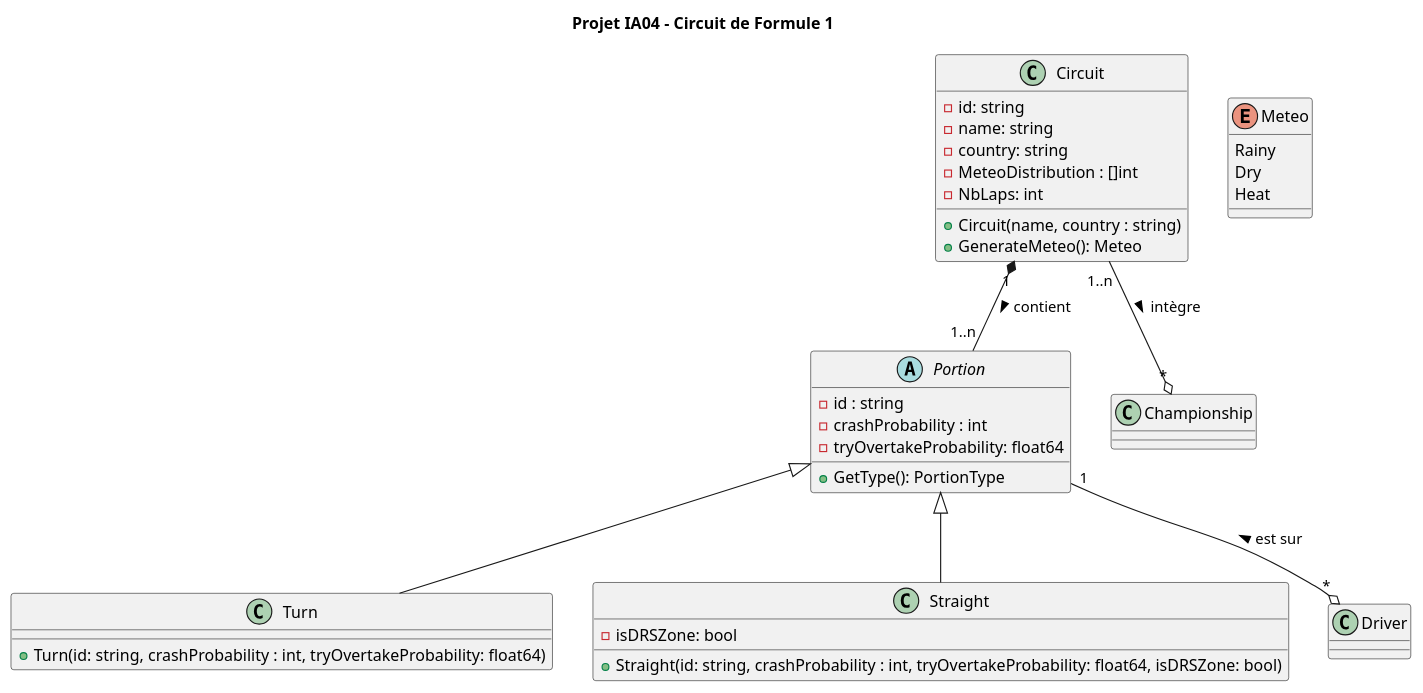
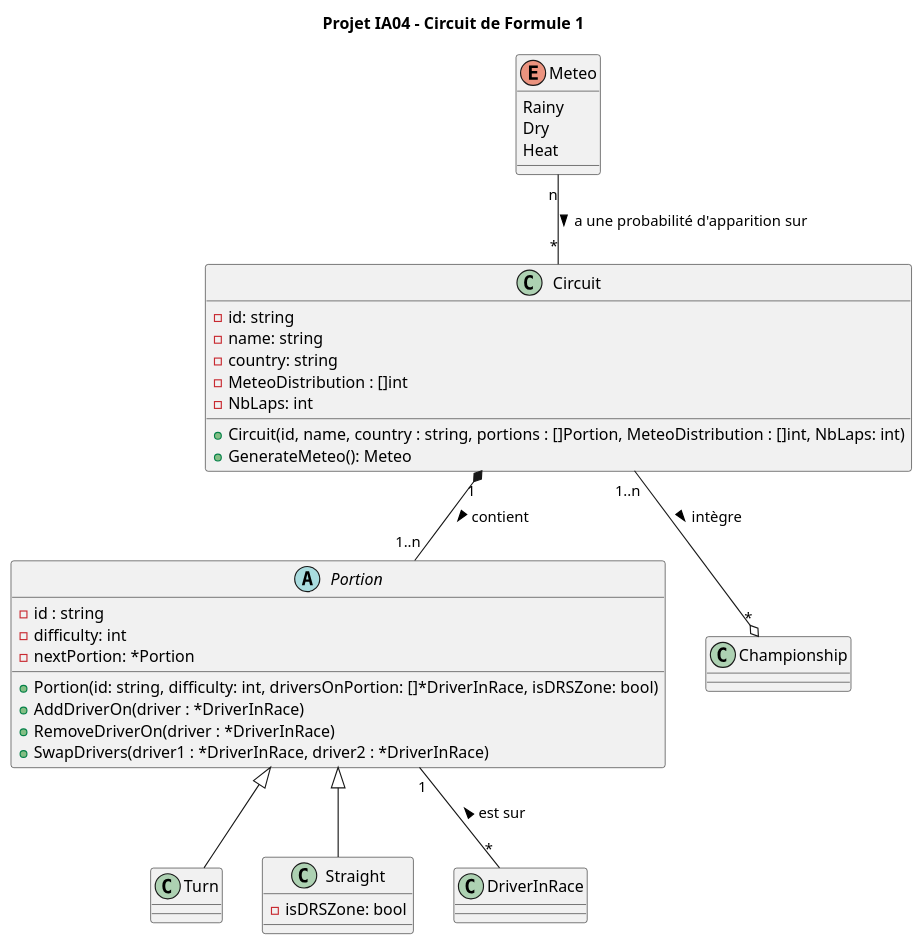
Before and after one commit to DamienVaurs/formule-1-ia04: the diagram in uml/Presentation/circuit.plantuml, drawn with PlantUML. The commit also changed 2 other files, not shown here.

Commit message:
création de sous UML

```diff
--- a/uml/Presentation/circuit.plantuml
+++ b/uml/Presentation/circuit.plantuml
@@ -1,51 +1,49 @@
 @startuml IA04 - Modélisation Championnat de Formule 1
 
 
 title Projet IA04 - Circuit de Formule 1
-
 
 class Circuit {
   - id: string
   - name: string
   - country: string
   - MeteoDistribution : []int
   - NbLaps: int
 
-  + Circuit(name, country : string)
+  + Circuit(id, name, country : string, portions : []Portion, MeteoDistribution : []int, NbLaps: int)
   + GenerateMeteo(): Meteo
 }
 
 enum Meteo{
   Rainy
   Dry
   Heat
 }
 
 abstract class Portion{
   - id : string
-  - crashProbability : int
-  - tryOvertakeProbability: float64
+  - difficulty: int
+  - nextPortion: *Portion
 
-  + GetType(): PortionType
+  + Portion(id: string, difficulty: int, driversOnPortion: []*DriverInRace, isDRSZone: bool)
+  + AddDriverOn(driver : *DriverInRace)
+  + RemoveDriverOn(driver : *DriverInRace)
+  + SwapDrivers(driver1 : *DriverInRace, driver2 : *DriverInRace)
 }
 
 
 class Turn{
-
-  + Turn(id: string, crashProbability : int, tryOvertakeProbability: float64)
 }
 
 class Straight{
   - isDRSZone: bool
-
-  + Straight(id: string, crashProbability : int, tryOvertakeProbability: float64, isDRSZone: bool)
 }
 
 Circuit "1..n" --o "*" Championship : intègre >
 Circuit "1" *-- "1..n" Portion : contient >
 Portion  <|--  Turn
 Portion  <|--  Straight
-Portion "1" --o "*" Driver : est sur <
-
+Portion "1" -- "*" DriverInRace : est sur <
+Meteo "n" -- "*" Circuit : a une probabilité d'apparition sur >
 
 @enduml
```
